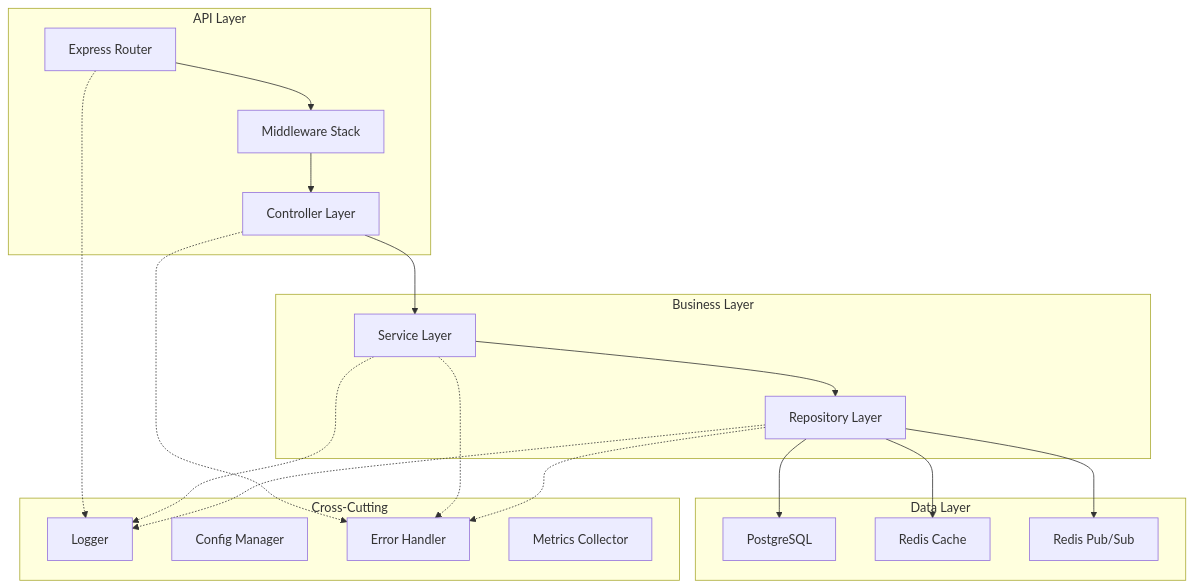
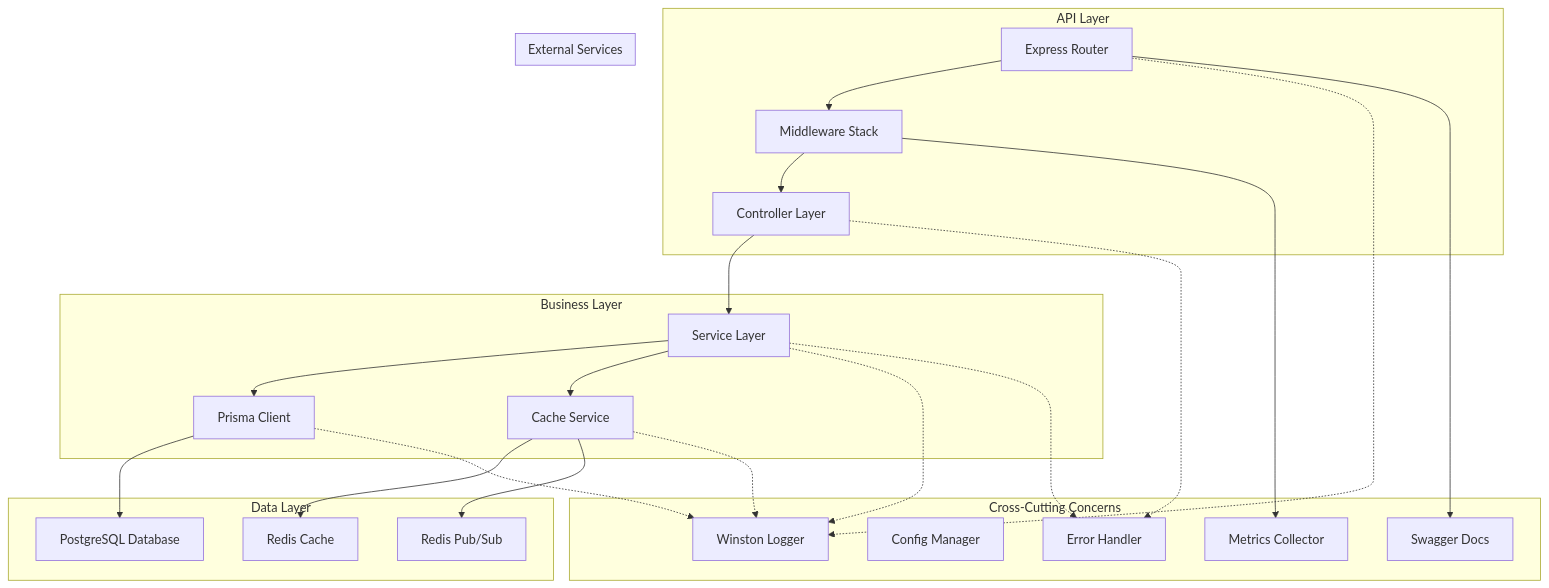
The diagram in .kiro/specs/express-ts-boilerplate/design.md (DragomirAdolfVlad/express-ts-boilerplate), drawn with Mermaid before and after one commit. The commit also changed other lines of this file and 3 other files, not shown here.

Commit message:
Update spec: Add package versions, 4-space indent standard, and fix architecture diagram

````diff
--- a/.kiro/specs/express-ts-boilerplate/design.md
+++ b/.kiro/specs/express-ts-boilerplate/design.md
@@ -13,32 +13,42 @@
 ```mermaid
 graph TB
     subgraph "API Layer"
         A[Express Router] --> B[Middleware Stack]
         B --> C[Controller Layer]
     end
 
     subgraph "Business Layer"
         C --> D[Service Layer]
-        D --> E[Repository Layer]
+        D --> E[Prisma Client]
+        D --> F[Cache Service]
     end
 
     subgraph "Data Layer"
-        E --> F[PostgreSQL]
-        E --> G[Redis Cache]
-        E --> H[Redis Pub/Sub]
+        E --> G[PostgreSQL]
+        F --> H[Redis Cache]
+        F --> I[Redis Pub/Sub]
     end
 
-    subgraph "Cross-Cutting"
-        I[Logger]
-        J[Config Manager]
-        K[Error Handler]
-        L[Metrics Collector]
+    subgraph "Cross-Cutting Concerns"
+        J[Winston Logger]
+        K[Config Manager]
+        L[Error Handler]
+        M[Metrics Collector]
+        N[Swagger Docs]
     end
 
-    A -.-> I
-    D -.-> I
-    E -.-> I
-    C -.-> K
-    D -.-> K
-    E -.-> K
+    subgraph "External Services"
+        G[PostgreSQL Database]
+        H[Redis Cache]
+        I[Redis Pub/Sub]
+    end
+
+    A -.-> J
+    D -.-> J
+    E -.-> J
+    F -.-> J
+    C -.-> L
+    D -.-> L
+    A --> N
+    B --> M
 ```
````
